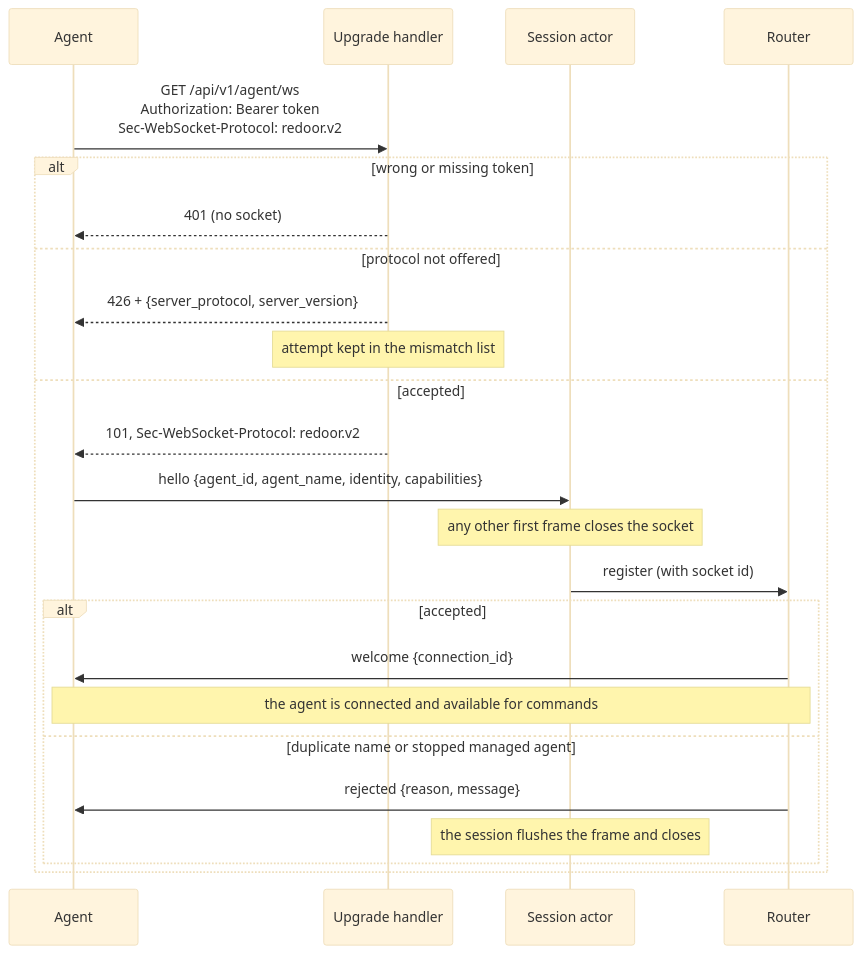
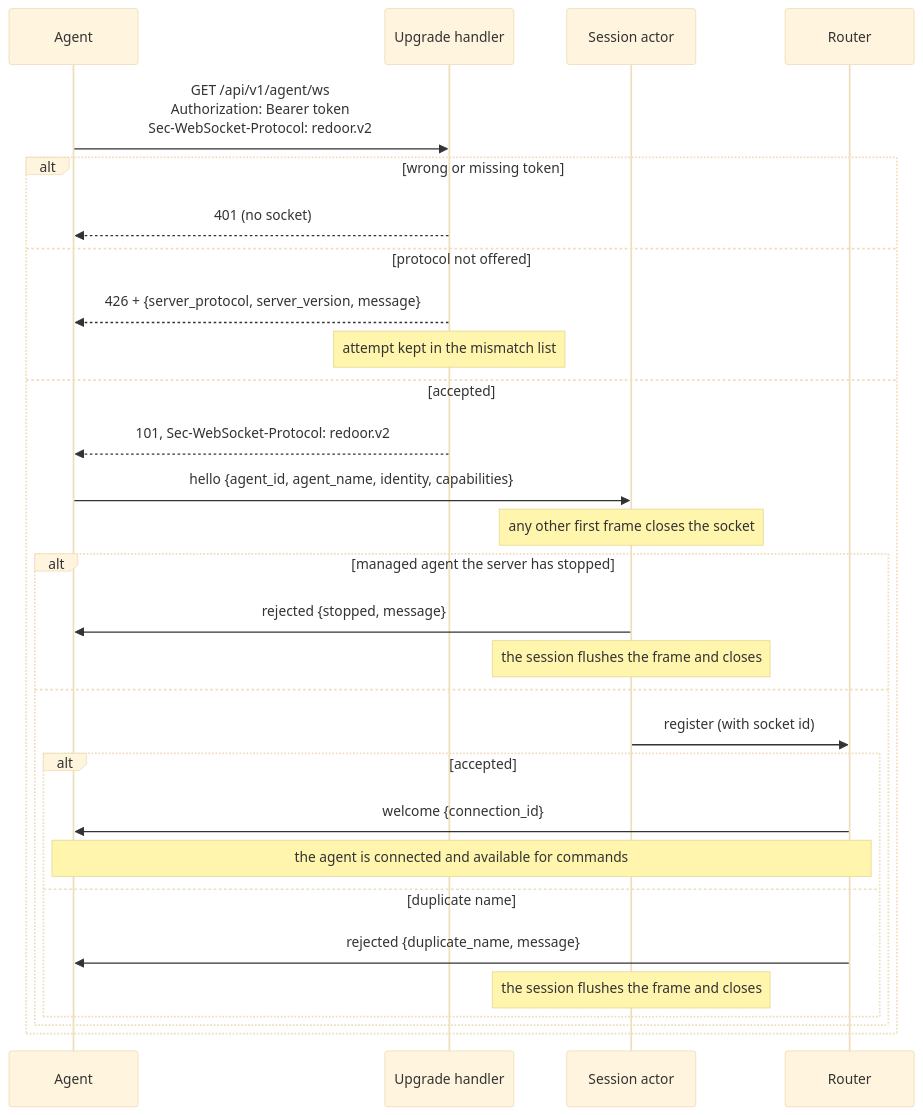
Before and after one commit to FruitieX/redoor: the fourth of 10 diagrams in ARCHITECTURE.md, drawn with Mermaid (base theme). The commit also changed other lines of this file and 4 other files, not shown here.

````diff
--- a/ARCHITECTURE.md
+++ b/ARCHITECTURE.md
@@ -296,27 +305,32 @@
 ```mermaid
 sequenceDiagram
     participant A as Agent
     participant H as Upgrade handler
     participant S as Session actor
     participant R as Router
 
     A->>H: GET /api/v1/agent/ws<br/>Authorization: Bearer token<br/>Sec-WebSocket-Protocol: redoor.v2
     alt wrong or missing token
         H-->>A: 401 (no socket)
     else protocol not offered
-        H-->>A: 426 + {server_protocol, server_version}
+        H-->>A: 426 + {server_protocol, server_version, message}
         Note over H: attempt kept in the mismatch list
     else accepted
         H-->>A: 101, Sec-WebSocket-Protocol: redoor.v2
         A->>S: hello {agent_id, agent_name, identity, capabilities}
         Note over S: any other first frame closes the socket
-        S->>R: register (with socket id)
-        alt accepted
-            R->>A: welcome {connection_id}
-            Note over A,R: the agent is connected and available for commands
-        else duplicate name or stopped managed agent
-            R->>A: rejected {reason, message}
+        alt managed agent the server has stopped
+            S->>A: rejected {stopped, message}
             Note over S: the session flushes the frame and closes
+        else
+            S->>R: register (with socket id)
+            alt accepted
+                R->>A: welcome {connection_id}
+                Note over A,R: the agent is connected and available for commands
+            else duplicate name
+                R->>A: rejected {duplicate_name, message}
+                Note over S: the session flushes the frame and closes
+            end
         end
     end
 ```
````
